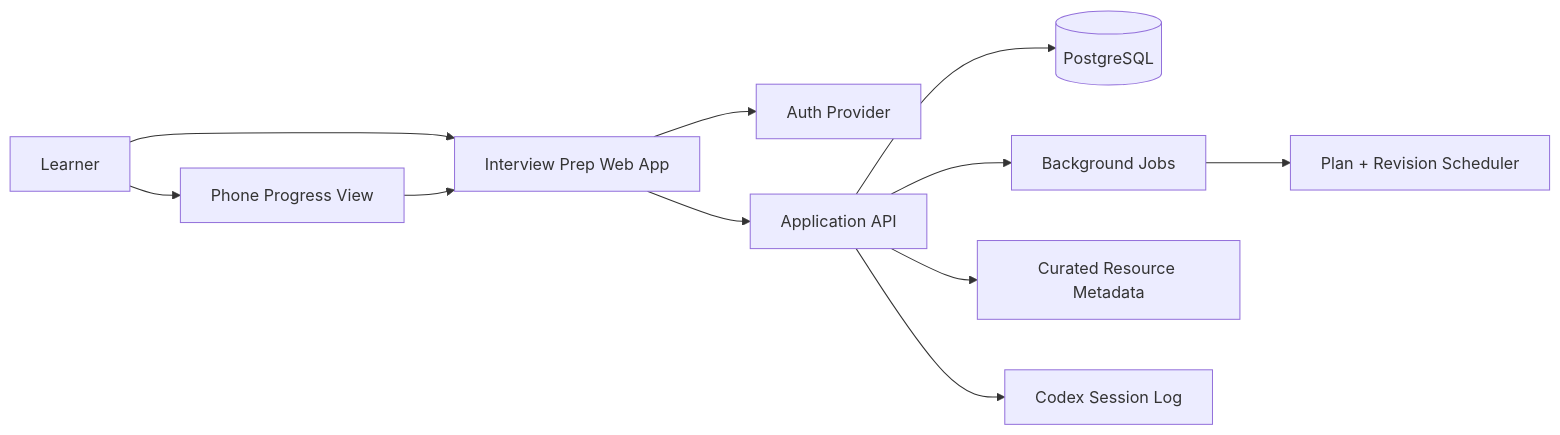
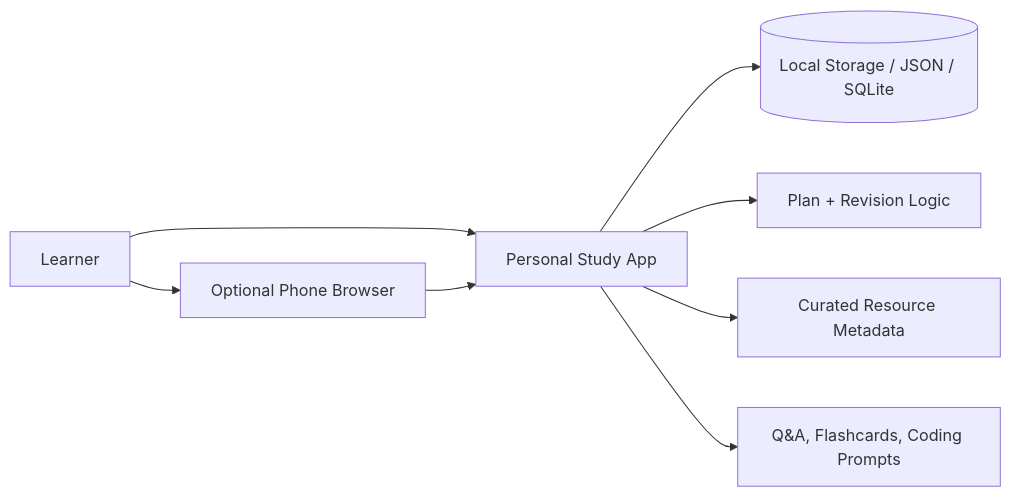
Before and after one commit to enkay01/intervew-prep-app: the first of 6 diagrams in docs/architecture.md, drawn with Mermaid. The commit also changed other lines of this file and 6 other files, not shown here.

Commit message:
Align prep app docs with personal study scope

````diff
--- a/docs/architecture.md
+++ b/docs/architecture.md
@@ -5,13 +5,10 @@
 ```mermaid
 flowchart LR
-  Learner["Learner"] --> Web["Interview Prep Web App"]
-  Web --> Auth["Auth Provider"]
-  Web --> API["Application API"]
-  API --> DB[("PostgreSQL")]
-  API --> Queue["Background Jobs"]
-  Queue --> Scheduler["Plan + Revision Scheduler"]
-  API --> Resources["Curated Resource Metadata"]
-  API --> CodexLog["Codex Session Log"]
-  Learner --> Phone["Phone Progress View"]
-  Phone --> Web
+  Learner["Learner"] --> App["Personal Study App"]
+  App --> Storage[("Local Storage / JSON / SQLite")]
+  App --> Scheduler["Plan + Revision Logic"]
+  App --> Resources["Curated Resource Metadata"]
+  App --> Practice["Q&A, Flashcards, Coding Prompts"]
+  Learner --> Phone["Optional Phone Browser"]
+  Phone --> App
 ```
````
